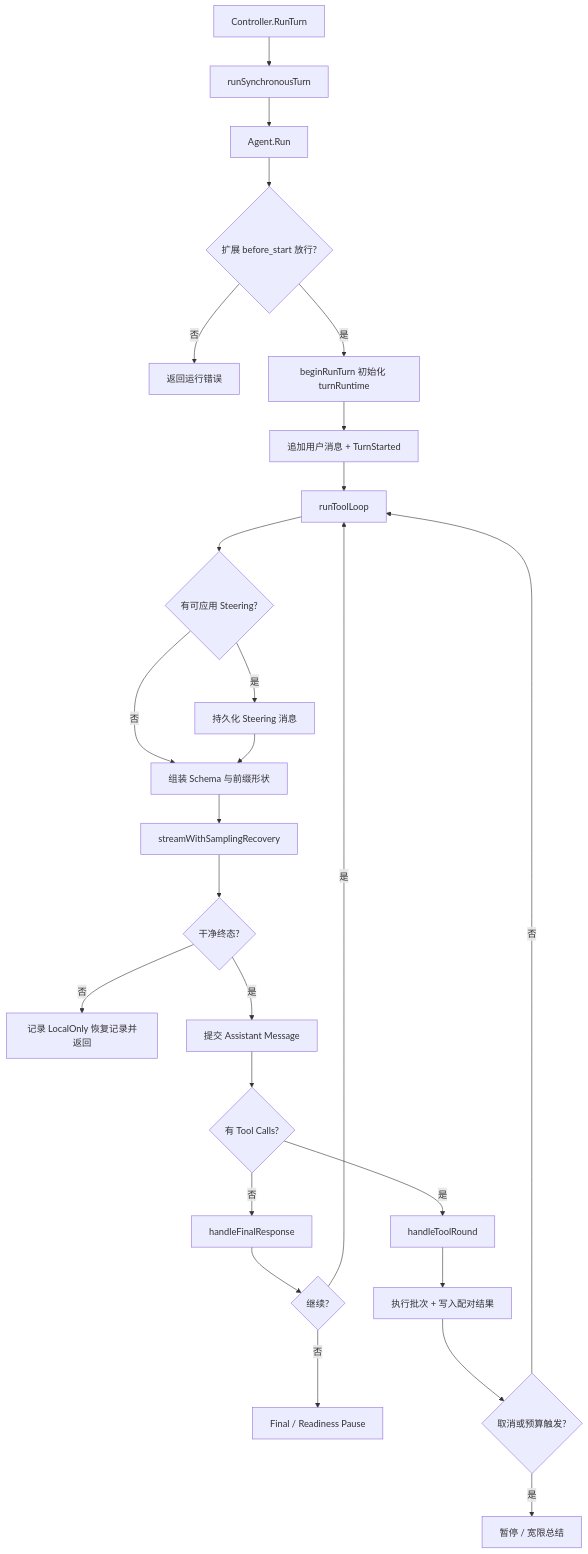
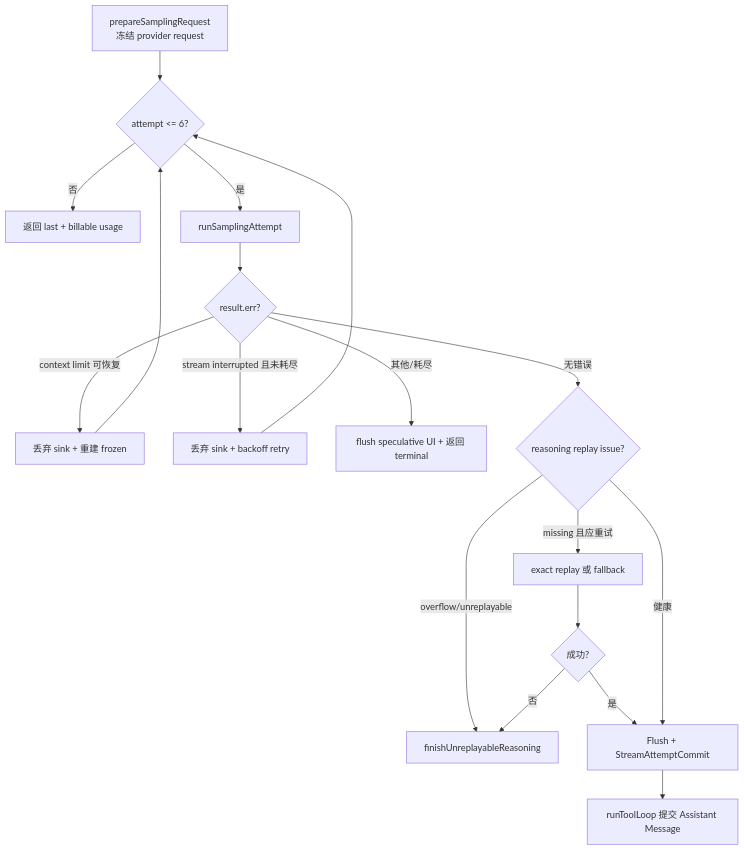
One commit to xiaoslin9153/awesome-agent-harness-tutorial changed the second of 2 diagrams in tutorial/zh-CN/03-frameworks/reasonix/run-lifecycle.md. Above: the diagram before and after it, drawn with Mermaid. The commit also changed other lines of this file and 3 other files, not shown here.

````diff
--- a/tutorial/zh-CN/03-frameworks/reasonix/run-lifecycle.md
+++ b/tutorial/zh-CN/03-frameworks/reasonix/run-lifecycle.md
@@ -43,28 +77,20 @@
 ```mermaid
 flowchart TD
-  A[Controller.RunTurn] --> B[runSynchronousTurn]
-  B --> C[Agent.Run]
-  C --> D{扩展 before_start 放行?}
-  D -- 否 --> E[返回运行错误]
-  D -- 是 --> F[beginRunTurn 初始化 turnRuntime]
-  F --> G[追加用户消息 + TurnStarted]
-  G --> H[runToolLoop]
-  H --> I{有可应用 Steering?}
-  I -- 是 --> J[持久化 Steering 消息]
-  I -- 否 --> K[组装 Schema 与前缀形状]
-  J --> K
-  K --> L[streamWithSamplingRecovery]
-  L --> M{干净终态?}
-  M -- 否 --> N[记录 LocalOnly 恢复记录并返回]
-  M -- 是 --> O[提交 Assistant Message]
-  O --> P{有 Tool Calls?}
-  P -- 否 --> Q[handleFinalResponse]
-  P -- 是 --> R[handleToolRound]
-  Q --> S{继续?}
-  S -- 是 --> H
-  S -- 否 --> T[Final / Readiness Pause]
-  R --> U[执行批次 + 写入配对结果]
-  U --> V{取消或预算触发?}
-  V -- 是 --> W[暂停 / 宽限总结]
-  V -- 否 --> H
+  A[prepareSamplingRequest<br/>冻结 provider request] --> B{attempt <= 6?}
+  B -- 否 --> X[返回 last + billable usage]
+  B -- 是 --> C[runSamplingAttempt]
+  C --> D{result.err?}
+  D -- context limit 可恢复 --> E[丢弃 sink + 重建 frozen]
+  E --> B
+  D -- stream interrupted 且未耗尽 --> F[丢弃 sink + backoff retry]
+  F --> B
+  D -- 其他/耗尽 --> G[flush speculative UI + 返回 terminal]
+  D -- 无错误 --> H{reasoning replay issue?}
+  H -- overflow/unreplayable --> I[finishUnreplayableReasoning]
+  H -- missing 且应重试 --> J[exact replay 或 fallback]
+  J --> K{成功?}
+  K -- 否 --> I
+  K -- 是 --> L[Flush + StreamAttemptCommit]
+  H -- 健康 --> L
+  L --> M[runToolLoop 提交 Assistant Message]
 ```
````
